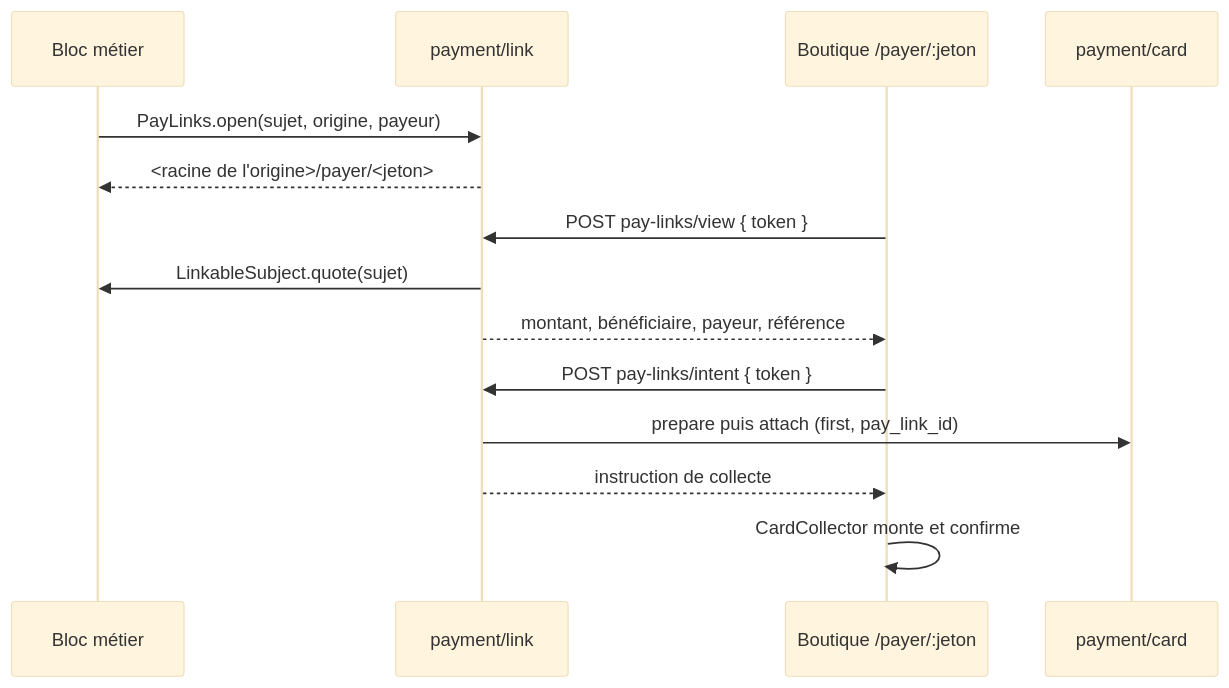
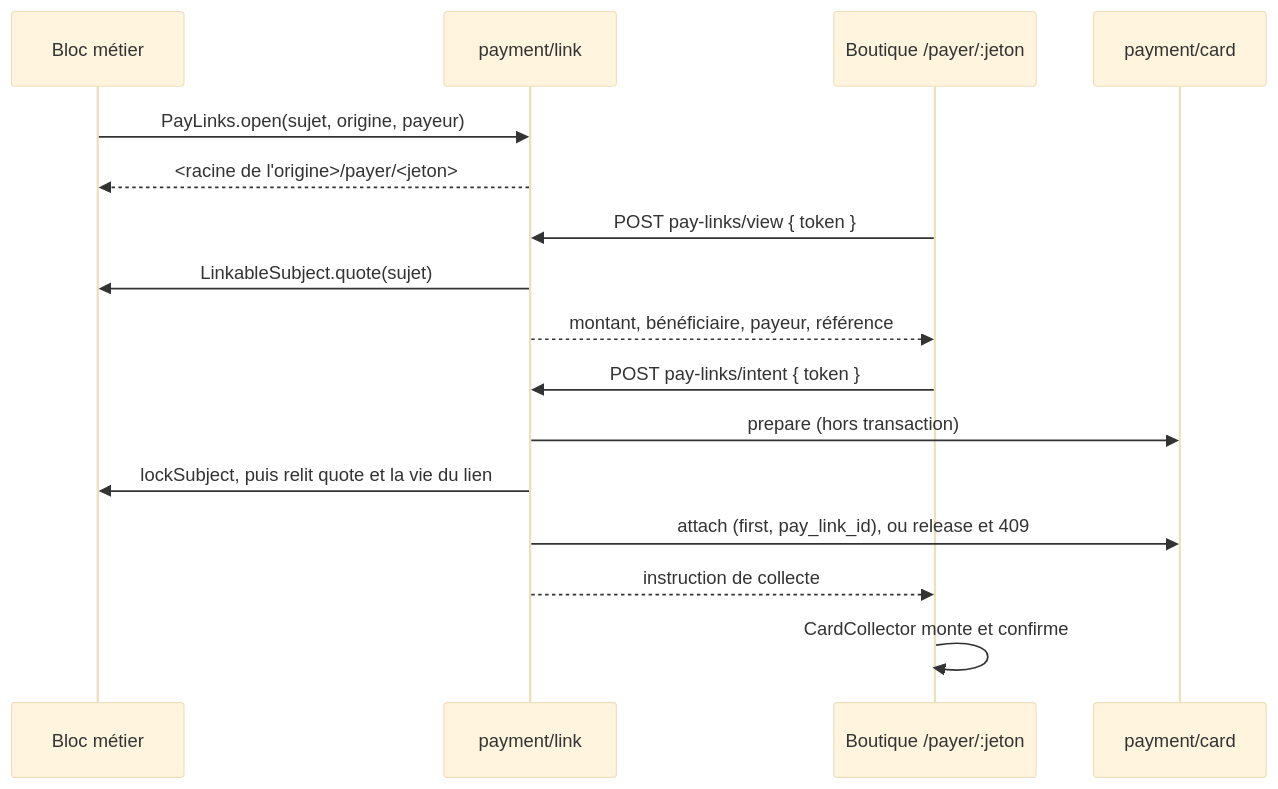
One commit to hugoheynard/lfd changed the third of 3 diagrams in documentation/comptabilite/liens-de-paiement/les-liens-de-paiement.md. Above: the diagram before and after it, drawn with Mermaid (base theme). The commit also changed other lines of this file and 52 other files, not shown here.

````diff
--- a/documentation/comptabilite/liens-de-paiement/les-liens-de-paiement.md
+++ b/documentation/comptabilite/liens-de-paiement/les-liens-de-paiement.md
@@ -151,16 +197,18 @@
 ```mermaid
 sequenceDiagram
   participant M as Bloc métier
   participant P as payment/link
   participant B as Boutique /payer/:jeton
   participant C as payment/card
   M->>P: PayLinks.open(sujet, origine, payeur)
   P-->>M: <racine de l'origine>/payer/<jeton>
   B->>P: POST pay-links/view { token }
   P->>M: LinkableSubject.quote(sujet)
   P-->>B: montant, bénéficiaire, payeur, référence
   B->>P: POST pay-links/intent { token }
-  P->>C: prepare puis attach (first, pay_link_id)
+  P->>C: prepare (hors transaction)
+  P->>M: lockSubject, puis relit quote et la vie du lien
+  P->>C: attach (first, pay_link_id), ou release et 409
   P-->>B: instruction de collecte
   B->>B: CardCollector monte et confirme
 ```
````
